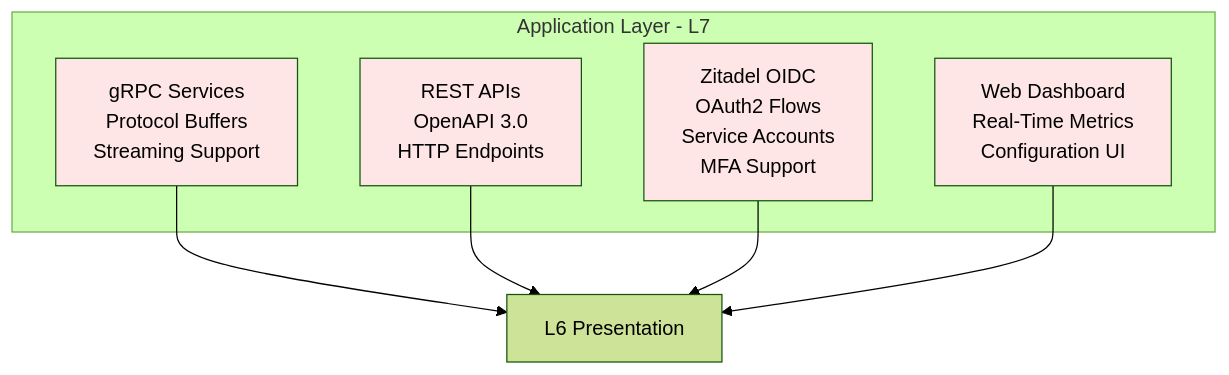
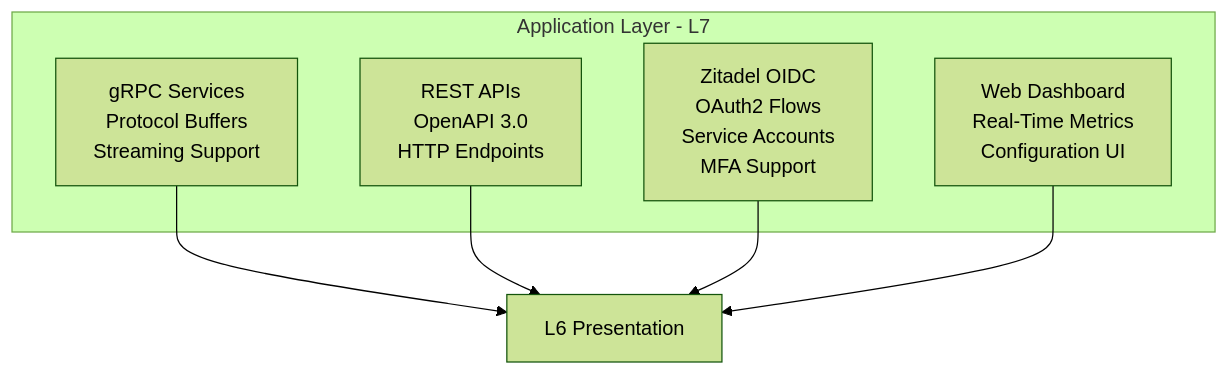
Before and after one commit to twogc/cloudbridge-docs: the eighth of 10 diagrams in ARCHITECTURE/NETWORK_LAYERS_OSI_MODEL.md, drawn with Mermaid (forest theme). The commit also changed other lines of this file and 1 other file, not shown here.

````diff
--- a/ARCHITECTURE/NETWORK_LAYERS_OSI_MODEL.md
+++ b/ARCHITECTURE/NETWORK_LAYERS_OSI_MODEL.md
@@ -384,19 +367,14 @@
 ```mermaid
 graph TB
     subgraph "Application Layer - L7"
         GRPC["gRPC Services<br/>Protocol Buffers<br/>Streaming Support"]
         REST["REST APIs<br/>OpenAPI 3.0<br/>HTTP Endpoints"]
         ZITADEL["Zitadel OIDC<br/>OAuth2 Flows<br/>Service Accounts<br/>MFA Support"]
         DASHBOARD["Web Dashboard<br/>Real-Time Metrics<br/>Configuration UI"]
     end
     
     GRPC --> L6["L6 Presentation"]
     REST --> L6
     ZITADEL --> L6
     DASHBOARD --> L6
-    
-    style GRPC fill:#ffe6e6
-    style REST fill:#ffe6e6
-    style ZITADEL fill:#ffe6e6
-    style DASHBOARD fill:#ffe6e6
 ```
````
